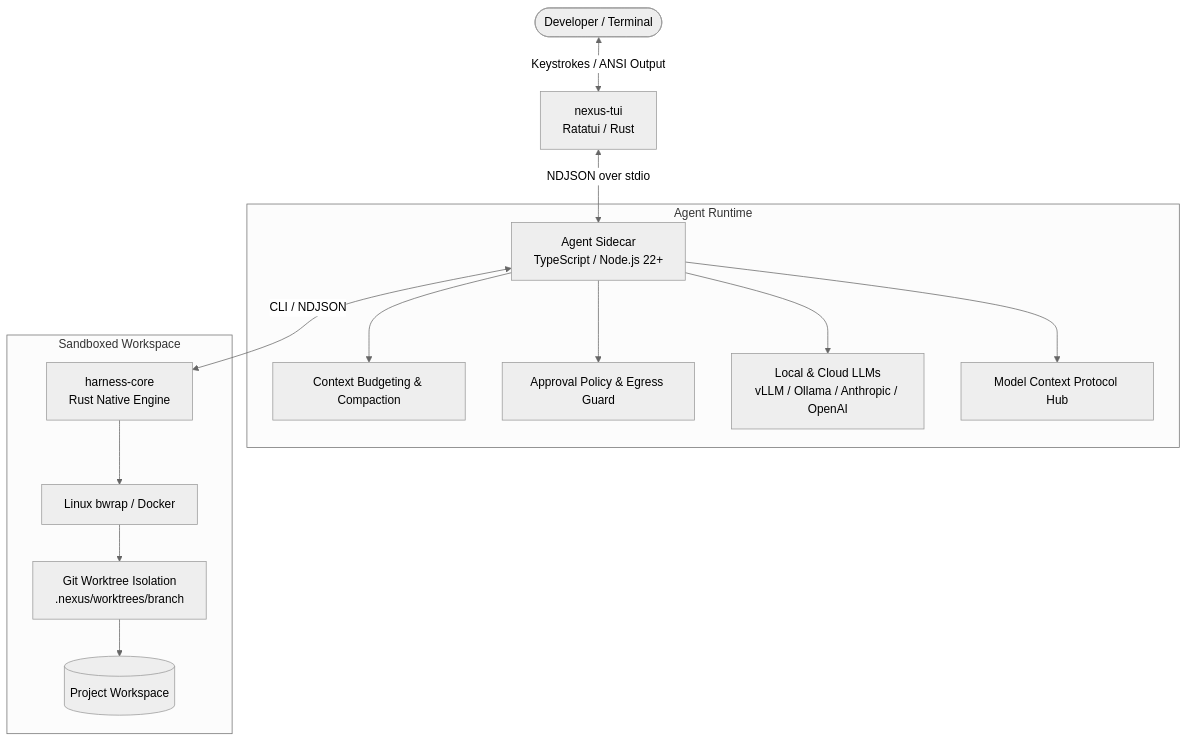
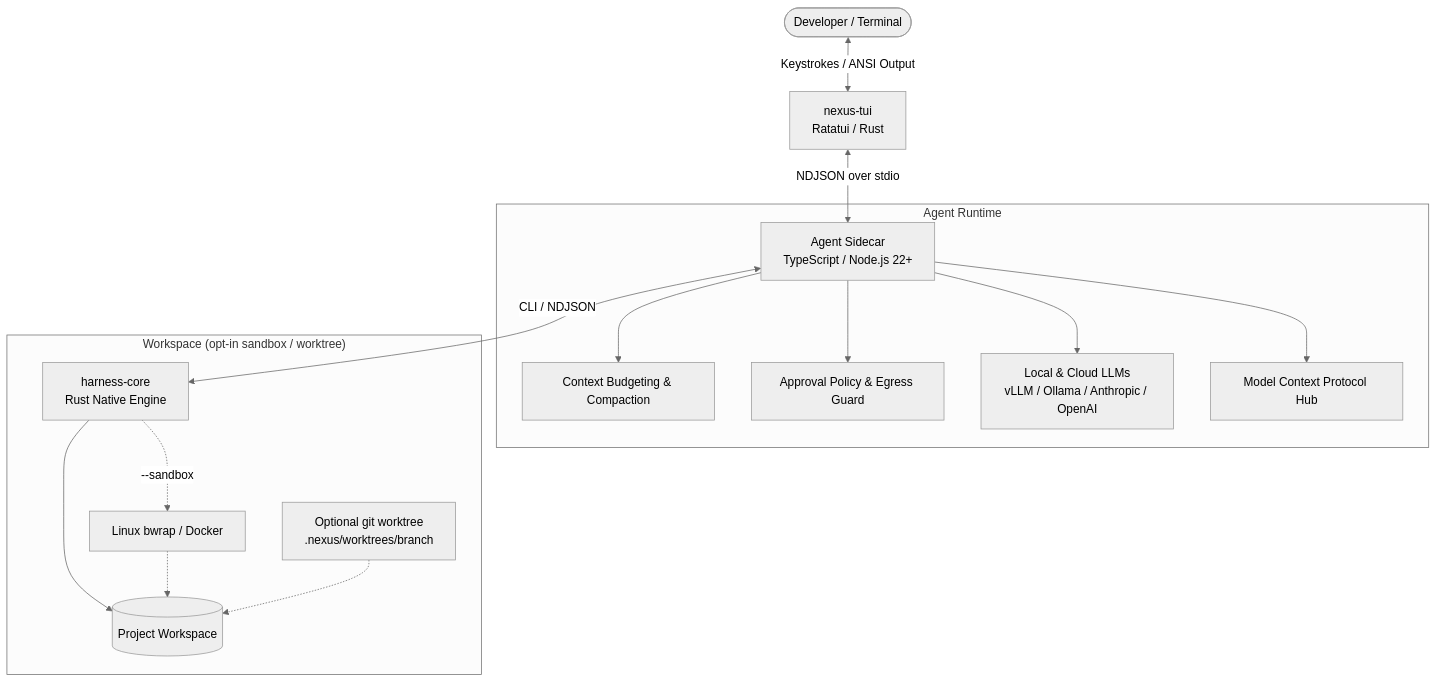
The diagram in README.md (mikeholownych/nexus-code), drawn with Mermaid (neutral theme) before and after one commit. The commit also changed other lines of this file and 1 other file, not shown here.

Commit message:
docs: fix /model shortcut, diagram, experiments and hub descriptions

````diff
--- a/README.md
+++ b/README.md
@@ -62,20 +64,21 @@
 ```mermaid
 graph TD
     User([Developer / Terminal]) <-->|Keystrokes / ANSI Output| TUI[nexus-tui\nRatatui / Rust]
     TUI <-->|NDJSON over stdio| Sidecar[Agent Sidecar\nTypeScript / Node.js 22+]
     
     subgraph Agent Runtime
         Sidecar --> Context[Context Budgeting & Compaction]
         Sidecar --> Approval[Approval Policy & Egress Guard]
         Sidecar --> Models[Local & Cloud LLMs\nvLLM / Ollama / Anthropic / OpenAI]
         Sidecar --> MCP[Model Context Protocol Hub]
     end
 
     Sidecar <-->|CLI / NDJSON| CoreTools[harness-core\nRust Native Engine]
 
-    subgraph Sandboxed Workspace
-        CoreTools --> Sandbox[Linux bwrap / Docker]
-        Sandbox --> Worktrees[Git Worktree Isolation\n.nexus/worktrees/branch]
-        Worktrees --> Disk[(Project Workspace)]
+    subgraph Workspace ["Workspace (opt-in sandbox / worktree)"]
+        CoreTools --> Disk[(Project Workspace)]
+        CoreTools -.->|--sandbox| Sandbox[Linux bwrap / Docker]
+        Sandbox -.-> Disk
+        Worktrees[Optional git worktree\n.nexus/worktrees/branch] -.-> Disk
     end
 ```
````
